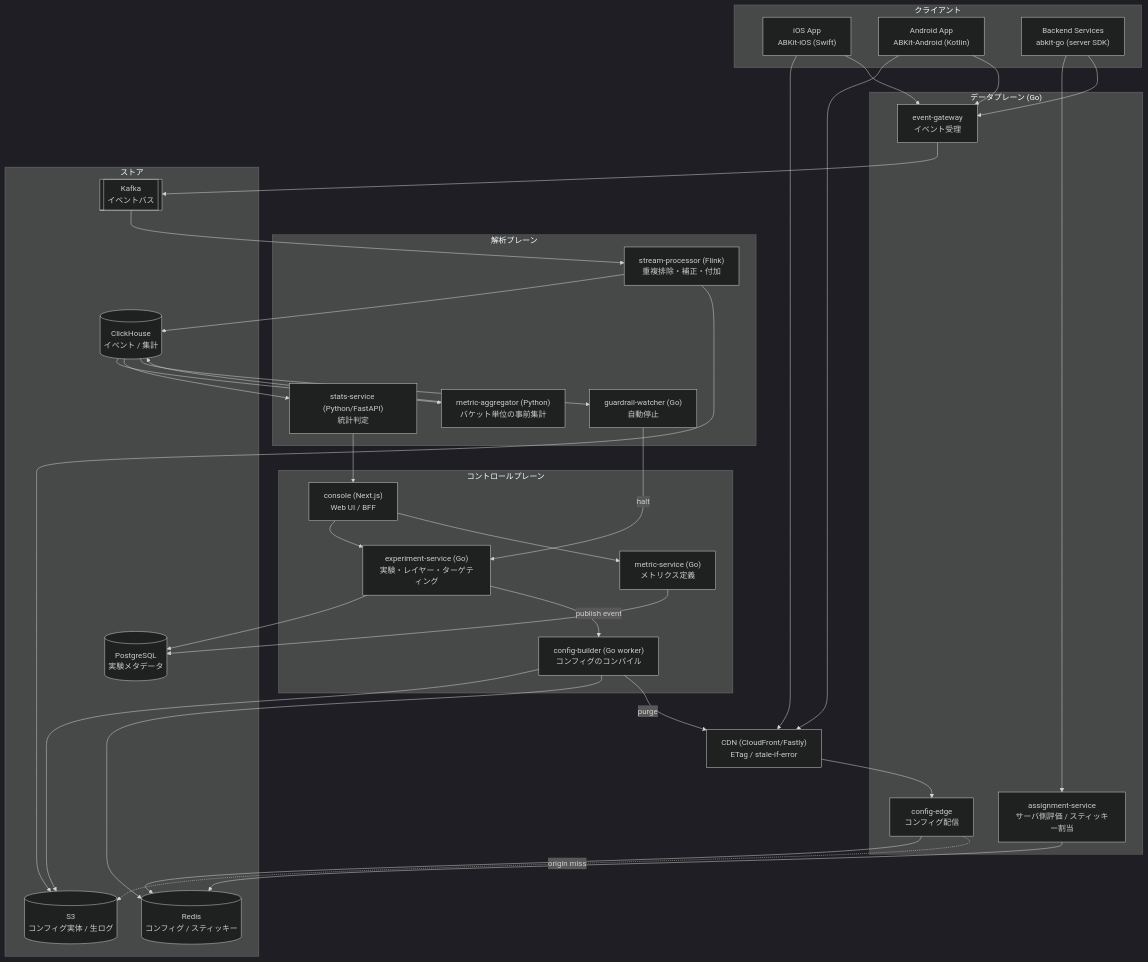
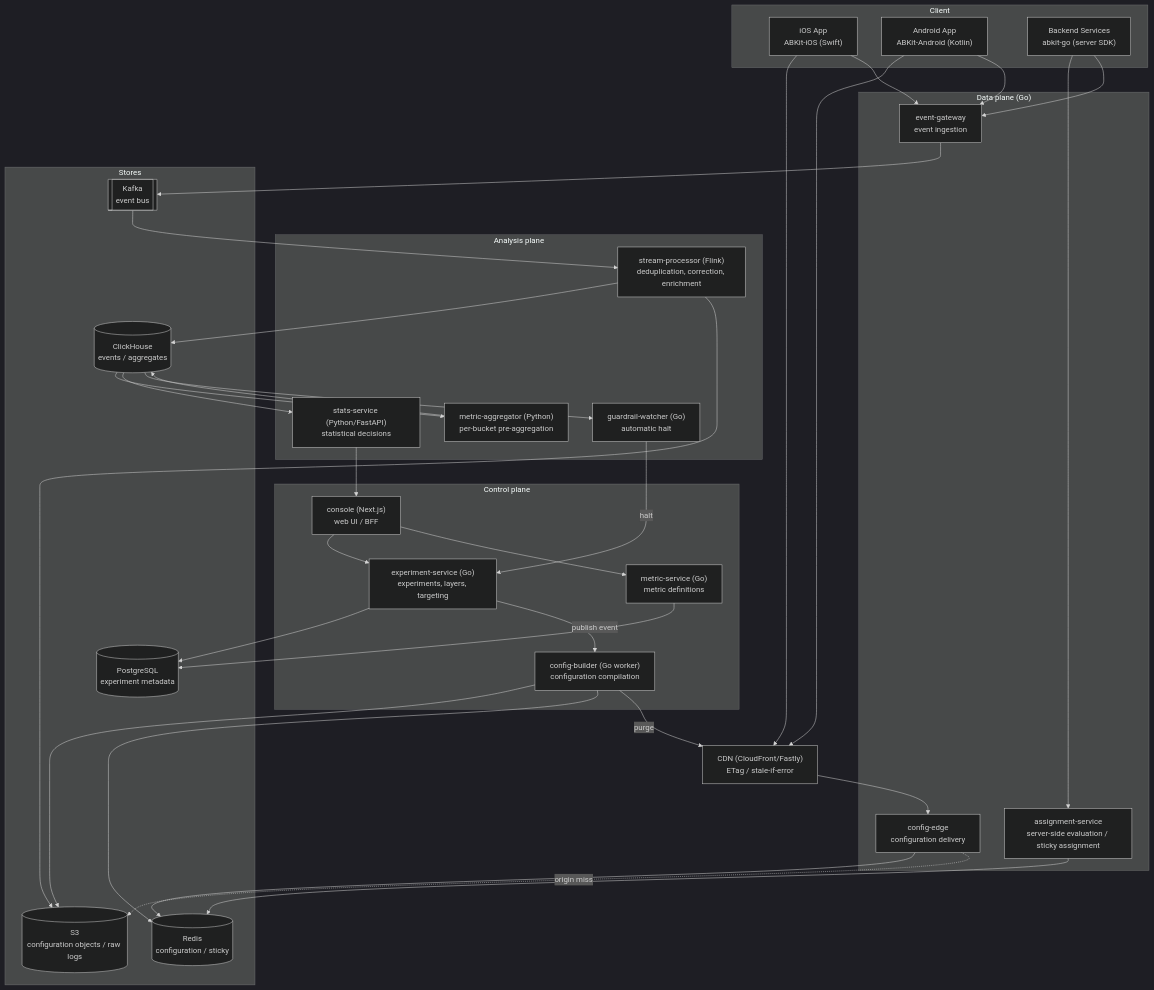
The first of 5 diagrams in docs/02-architecture.md (0x0c/bakuchi), drawn with Mermaid (dark theme) before and after one commit. The commit also changed other lines of this file and 37 other files, not shown here.

````diff
--- a/docs/02-architecture.md
+++ b/docs/02-architecture.md
@@ -13,56 +17,56 @@
 ```mermaid
 flowchart TB
-    subgraph client["クライアント"]
+    subgraph client["Client"]
         ios["iOS App<br/>ABKit-iOS (Swift)"]
         and["Android App<br/>ABKit-Android (Kotlin)"]
         srv["Backend Services<br/>abkit-go (server SDK)"]
     end
 
     cdn["CDN (CloudFront/Fastly)<br/>ETag / stale-if-error"]
 
-    subgraph dp["データプレーン (Go)"]
-        edge["config-edge<br/>コンフィグ配信"]
-        gw["event-gateway<br/>イベント受理"]
-        asg["assignment-service<br/>サーバ側評価 / スティッキー割当"]
+    subgraph dp["Data plane (Go)"]
+        edge["config-edge<br/>configuration delivery"]
+        gw["event-gateway<br/>event ingestion"]
+        asg["assignment-service<br/>server-side evaluation / sticky assignment"]
     end
 
-    subgraph cp["コントロールプレーン"]
-        exp["experiment-service (Go)<br/>実験・レイヤー・ターゲティング"]
-        met["metric-service (Go)<br/>メトリクス定義"]
-        bld["config-builder (Go worker)<br/>コンフィグのコンパイル"]
-        con["console (Next.js)<br/>Web UI / BFF"]
+    subgraph cp["Control plane"]
+        exp["experiment-service (Go)<br/>experiments, layers, targeting"]
+        met["metric-service (Go)<br/>metric definitions"]
+        bld["config-builder (Go worker)<br/>configuration compilation"]
+        con["console (Next.js)<br/>web UI / BFF"]
     end
 
-    subgraph an["解析プレーン"]
-        flink["stream-processor (Flink)<br/>重複排除・補正・付加"]
-        agg["metric-aggregator (Python)<br/>バケット単位の事前集計"]
-        stats["stats-service (Python/FastAPI)<br/>統計判定"]
-        guard["guardrail-watcher (Go)<br/>自動停止"]
+    subgraph an["Analysis plane"]
+        flink["stream-processor (Flink)<br/>deduplication, correction, enrichment"]
+        agg["metric-aggregator (Python)<br/>per-bucket pre-aggregation"]
+        stats["stats-service (Python/FastAPI)<br/>statistical decisions"]
+        guard["guardrail-watcher (Go)<br/>automatic halt"]
     end
 
-    subgraph store["ストア"]
-        pg[("PostgreSQL<br/>実験メタデータ")]
-        redis[("Redis<br/>コンフィグ / スティッキー")]
-        kafka[["Kafka<br/>イベントバス"]]
-        ch[("ClickHouse<br/>イベント / 集計")]
-        s3[("S3<br/>コンフィグ実体 / 生ログ")]
+    subgraph store["Stores"]
+        pg[("PostgreSQL<br/>experiment metadata")]
+        redis[("Redis<br/>configuration / sticky")]
+        kafka[["Kafka<br/>event bus"]]
+        ch[("ClickHouse<br/>events / aggregates")]
+        s3[("S3<br/>configuration objects / raw logs")]
     end
 
     ios & and --> cdn --> edge
     srv --> asg
     ios & and & srv --> gw
     edge --> redis
     edge -.origin miss.-> s3
     con --> exp & met
     exp --> pg
     met --> pg
     exp -- publish event --> bld
     bld --> s3 & redis
     bld -- purge --> cdn
     asg --> redis
     gw --> kafka --> flink --> ch
     flink --> s3
     ch --> agg --> ch
     ch --> stats --> con
     ch --> guard -- halt --> exp
 ```
````
